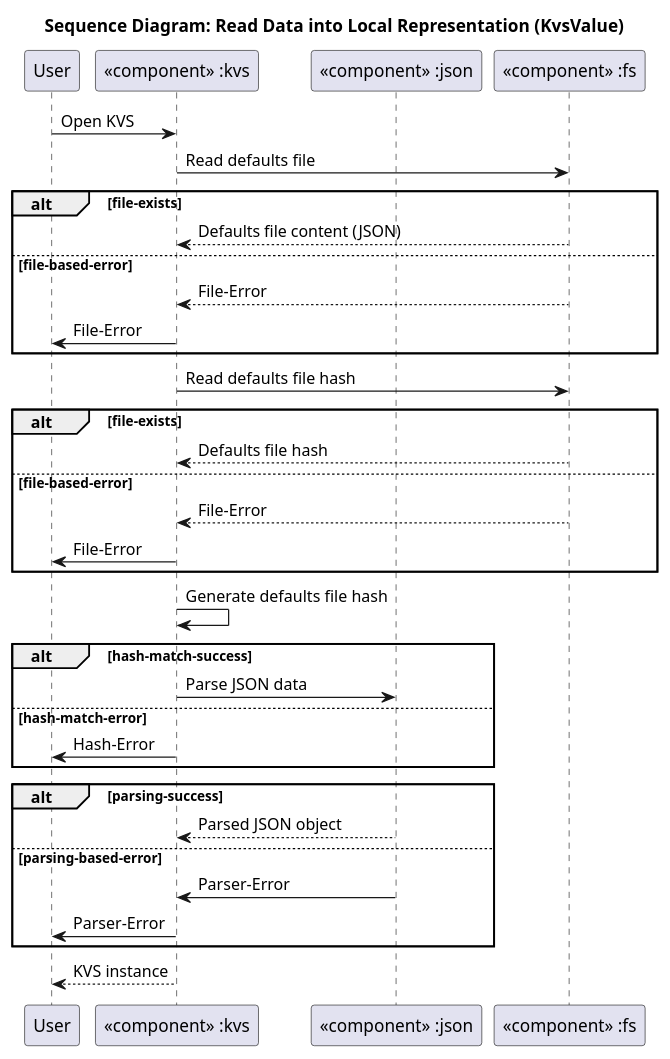
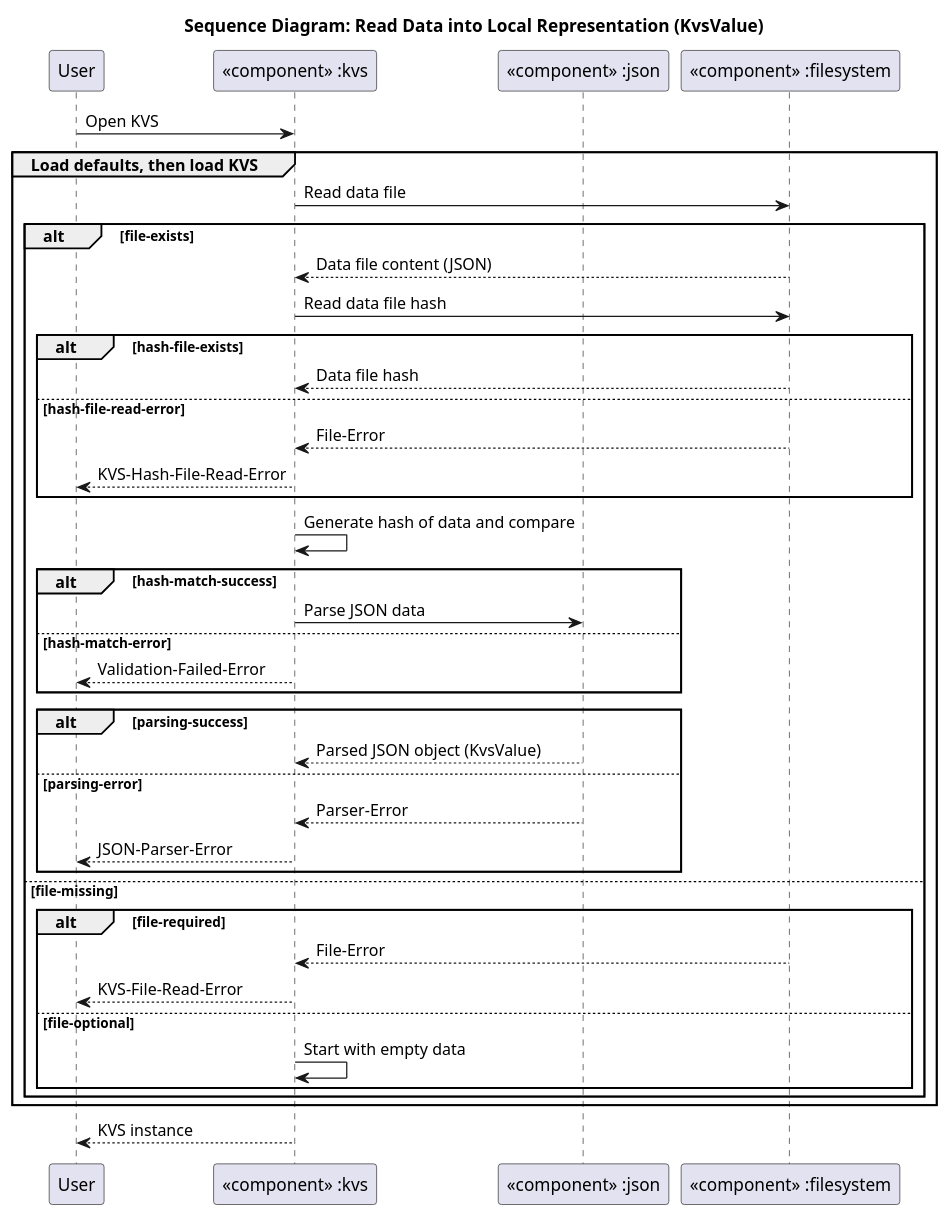
The diagram in docs/features/persistency/architecture/_assets/kvs_dyn_read_file_into_local_repr.puml (esrlabs/inc_mw_per), drawn with PlantUML before and after one commit. The commit also changed 13 other files, not shown here.

First line of the commit message:
docs:update feature architecture and component achitecture (#458)

```diff
--- a/docs/features/persistency/architecture/_assets/kvs_dyn_read_file_into_local_repr.puml
+++ b/docs/features/persistency/architecture/_assets/kvs_dyn_read_file_into_local_repr.puml
@@ -14,47 +14,47 @@
 @startuml
 
 title Sequence Diagram: Read Data into Local Representation (KvsValue)
 
 participant "User" as actor
 participant "«component» :kvs" as kvs
 participant "«component» :json" as json_parser
-participant "«component» :fs" as fs
+participant "«component» :filesystem" as fs
 
 actor -> kvs: Open KVS
 
-kvs -> fs: Read defaults file
-
-alt file-exists
-    fs --> kvs: Defaults file content (JSON)
-else file-based-error
-    fs --> kvs: File-Error
-    kvs -> actor: File-Error
-end
-
-kvs -> fs: Read defaults file hash
-
-alt file-exists
-    fs --> kvs: Defaults file hash
-else file-based-error
-    fs --> kvs: File-Error
-    kvs -> actor: File-Error
-end
-
-kvs -> kvs: Generate defaults file hash
-
-alt hash-match-success
-    kvs -> json_parser: Parse JSON data
-else hash-match-error
-    kvs -> actor: Hash-Error
-end
-
-alt parsing-success
-    json_parser --> kvs: Parsed JSON object
-else parsing-based-error
-    json_parser -> kvs: Parser-Error
-    kvs -> actor: Parser-Error
+group Load defaults, then load KVS
+    kvs -> fs: Read data file
+    alt file-exists
+        fs --> kvs: Data file content (JSON)
+        kvs -> fs: Read data file hash
+        alt hash-file-exists
+            fs --> kvs: Data file hash
+        else hash-file-read-error
+            fs --> kvs: File-Error
+            kvs --> actor: KVS-Hash-File-Read-Error
+        end
+        kvs -> kvs: Generate hash of data and compare
+        alt hash-match-success
+            kvs -> json_parser: Parse JSON data
+        else hash-match-error
+            kvs --> actor: Validation-Failed-Error
+        end
+        alt parsing-success
+            json_parser --> kvs: Parsed JSON object (KvsValue)
+        else parsing-error
+            json_parser --> kvs: Parser-Error
+            kvs --> actor: JSON-Parser-Error
+        end
+    else file-missing
+        alt file-required
+            fs --> kvs: File-Error
+            kvs --> actor: KVS-File-Read-Error
+        else file-optional
+            kvs -> kvs: Start with empty data
+        end
+    end
 end
 
 kvs --> actor: KVS instance
 
 @enduml
```
